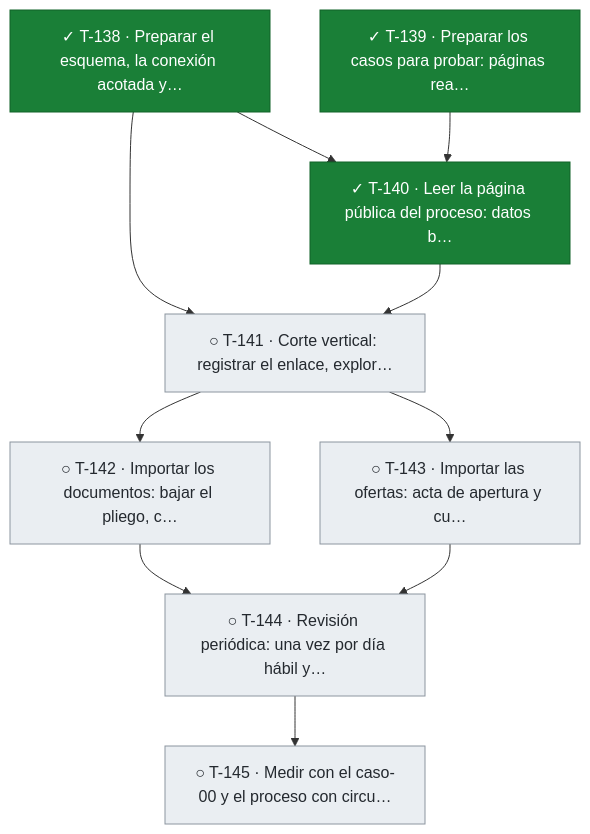
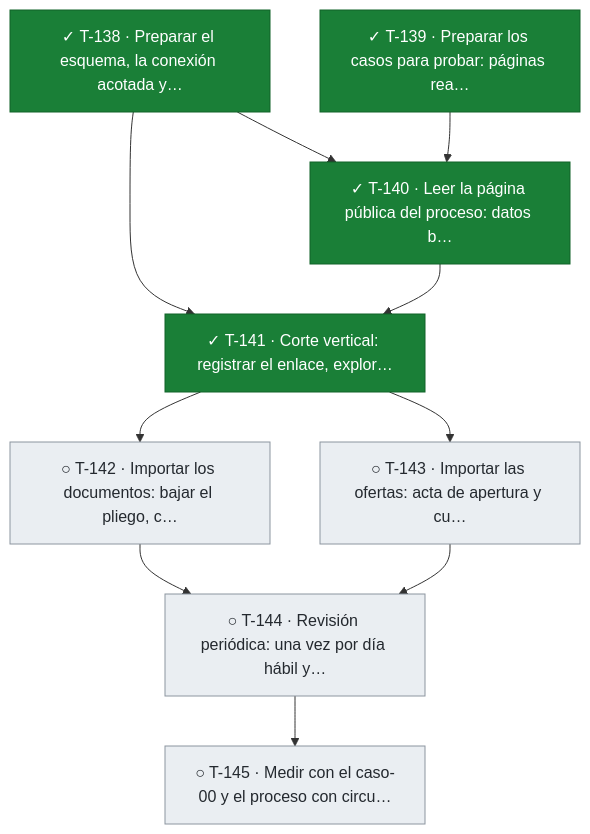
One commit to snavello/EVALUON changed the ninth of 9 diagrams in docs/tablero.md. Above: the diagram before and after it, drawn with Mermaid. The commit also changed other lines of this file and 1 other file, not shown here.

````diff
--- a/docs/tablero.md
+++ b/docs/tablero.md
@@ -754,25 +754,25 @@
 ```mermaid
 flowchart TD
   T138["✓ T-138 · Preparar el esquema, la conexión acotada y…"]:::done
   T139["✓ T-139 · Preparar los casos para probar: páginas rea…"]:::done
   T140["✓ T-140 · Leer la página pública del proceso: datos b…"]:::done
-  T141["○ T-141 · Corte vertical: registrar el enlace, explor…"]:::todo
+  T141["✓ T-141 · Corte vertical: registrar el enlace, explor…"]:::done
   T142["○ T-142 · Importar los documentos: bajar el pliego, c…"]:::todo
   T143["○ T-143 · Importar las ofertas: acta de apertura y cu…"]:::todo
   T144["○ T-144 · Revisión periódica: una vez por día hábil y…"]:::todo
   T145["○ T-145 · Medir con el caso-00 y el proceso con circu…"]:::todo
   T138 --> T140
   T139 --> T140
   T138 --> T141
   T140 --> T141
   T141 --> T142
   T141 --> T143
   T142 --> T144
   T143 --> T144
   T144 --> T145
   classDef done fill:#1a7f37,stroke:#116329,color:#ffffff
   classDef review fill:#0969da,stroke:#0550ae,color:#ffffff
   classDef active fill:#bf8700,stroke:#7d4e00,color:#ffffff
   classDef blocked fill:#cf222e,stroke:#a40e26,color:#ffffff
   classDef todo fill:#eaeef2,stroke:#8c959f,color:#24292f
 ```
````
